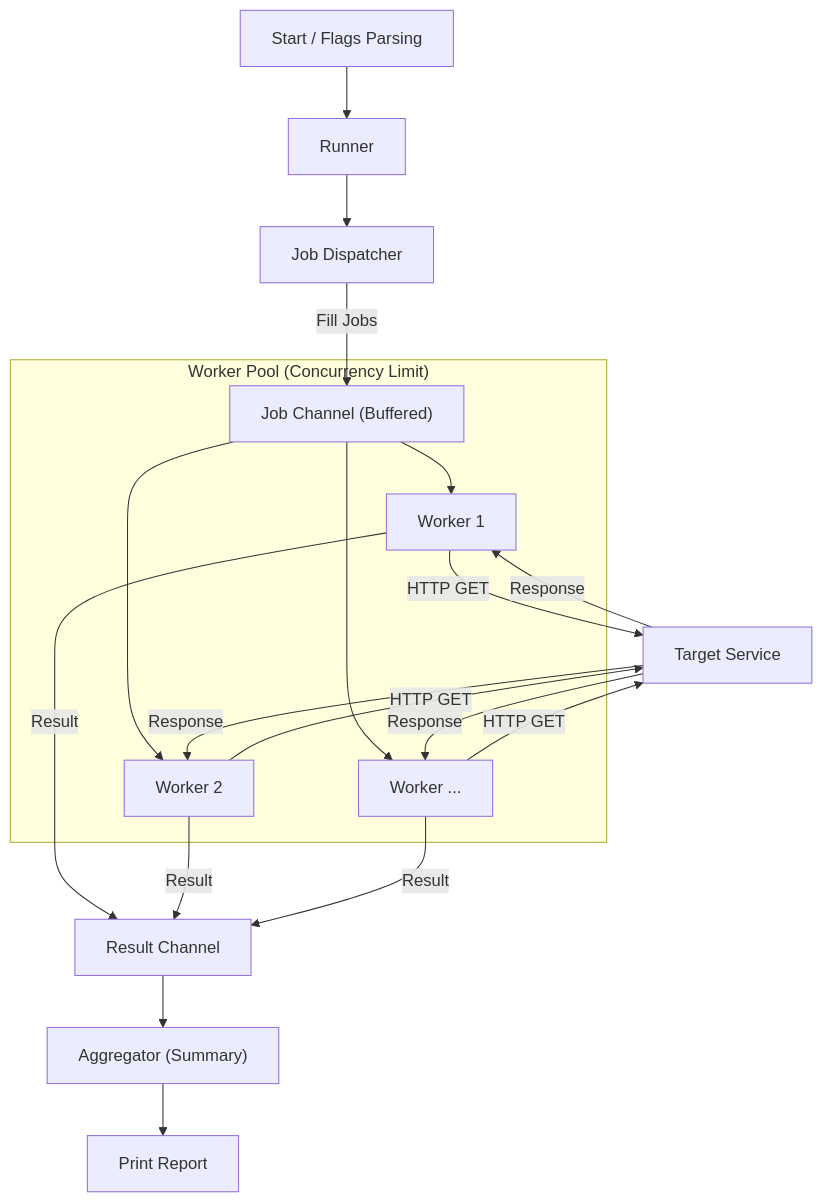
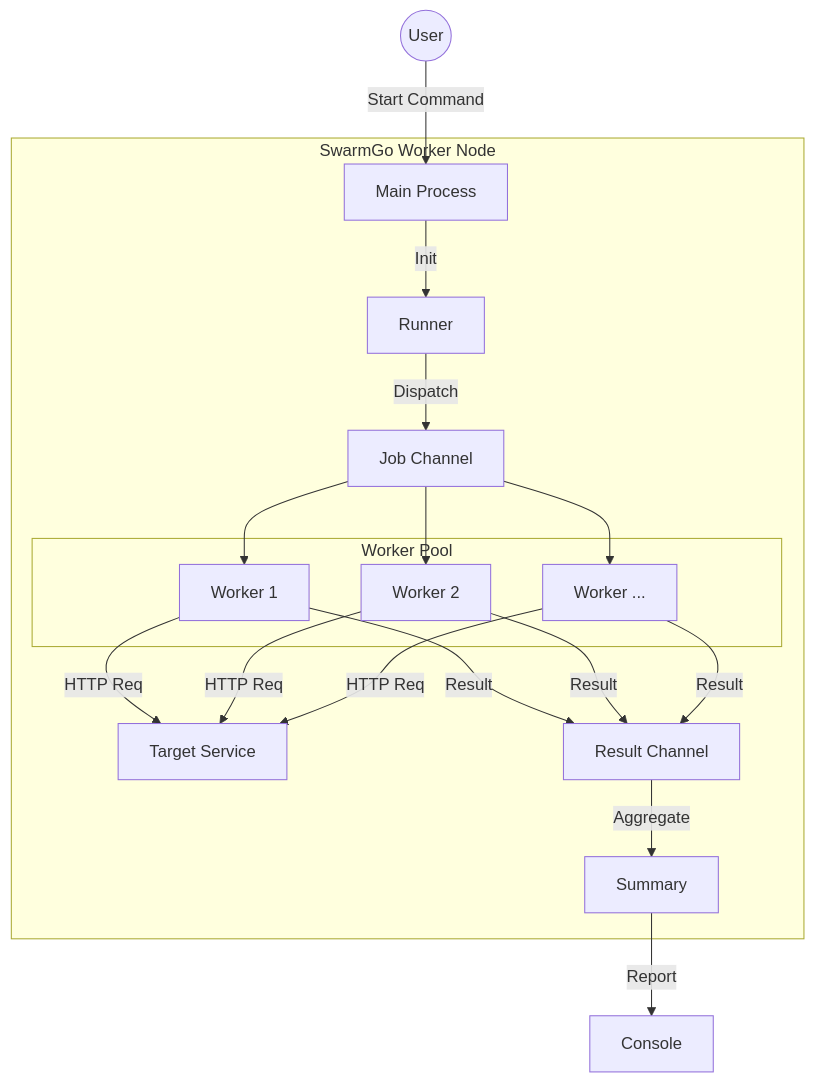
One commit to ryokotaka/SwarmGo changed the diagram in README_ja.md. Above: the diagram before and after it, drawn with Mermaid. The commit also changed other lines of this file and 1 other file, not shown here.

Commit message:
docs: rewrite features for better impact

````diff
--- a/README_ja.md
+++ b/README_ja.md
@@ -28,22 +33,18 @@
 ```mermaid
 graph TD
-    Init["Start / Flags Parsing"] --> Runner
-    Runner --> Dispatch["Job Dispatcher"]
-    Dispatch -->|Fill Jobs| JobCh["Job Channel (Buffered)"]
-    subgraph WorkerPool["Worker Pool (Concurrency Limit)"]
-        JobCh --> W1["Worker 1"]
-        JobCh --> W2["Worker 2"]
-        JobCh --> W3["Worker ..."]
+    User((User)) -->|Start Command| Main[Main Process]
+    subgraph "SwarmGo Worker Node"
+        Main -->|Init| Runner
+        Runner -->|Dispatch| JobChannel[Job Channel]
+        subgraph "Worker Pool"
+            W1[Worker 1]
+            W2[Worker 2]
+            WX[Worker ...]
+        end
+        JobChannel --> W1 & W2 & WX
+        W1 & W2 & WX -->|HTTP Req| Target[Target Service]
+        W1 & W2 & WX -->|Result| ResChannel[Result Channel]
+        ResChannel -->|Aggregate| Summary
     end
-    W1 -->|HTTP GET| Target["Target Service"]
-    W2 -->|HTTP GET| Target
-    W3 -->|HTTP GET| Target
-    Target -->|Response| W1
-    Target -->|Response| W2
-    Target -->|Response| W3
-    W1 -->|Result| ResCh["Result Channel"]
-    W2 -->|Result| ResCh
-    W3 -->|Result| ResCh
-    ResCh --> Agg["Aggregator (Summary)"]
-    Agg --> Report["Print Report"]
+    Summary -->|Report| Output[Console]
 ```
````
